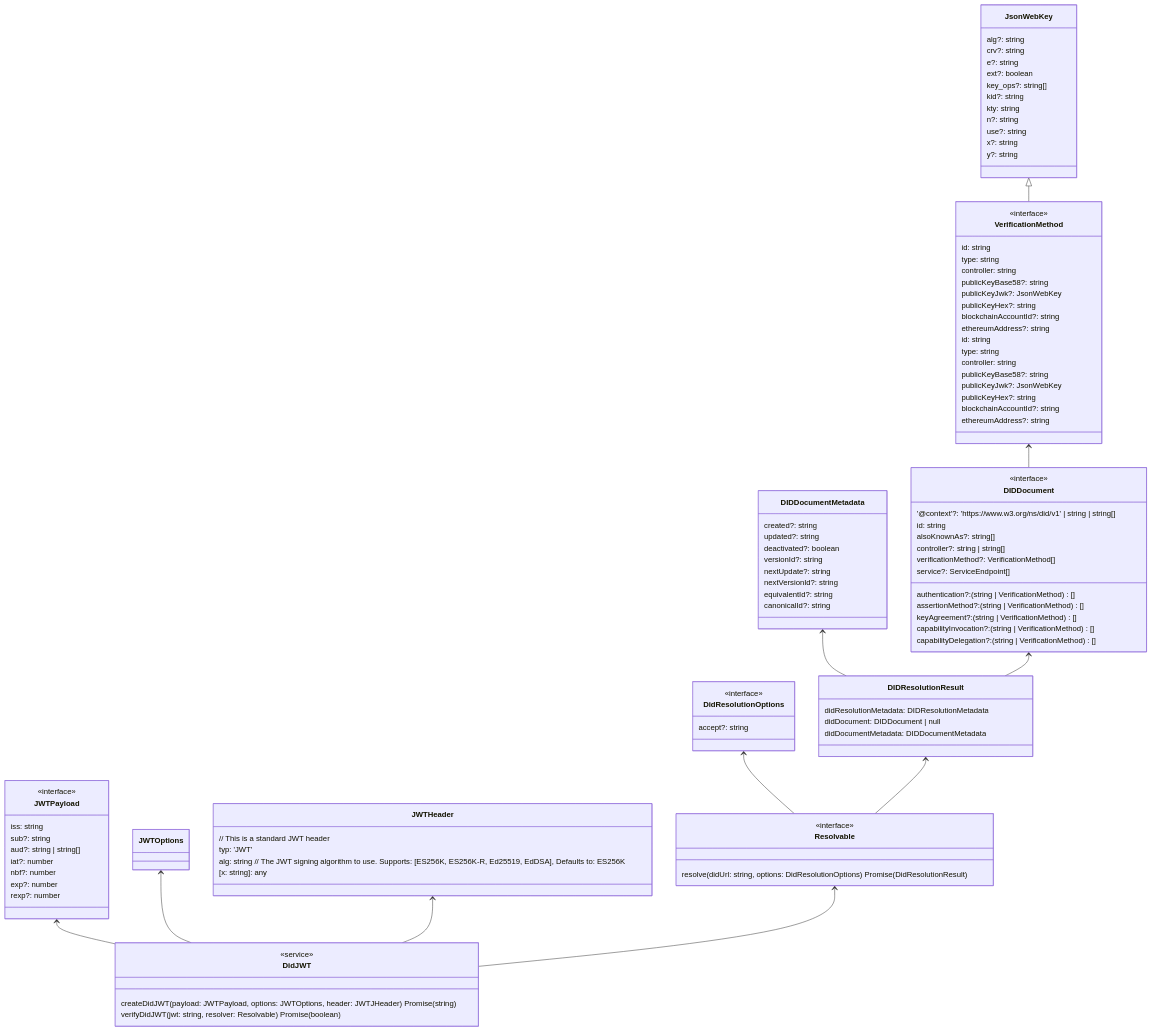
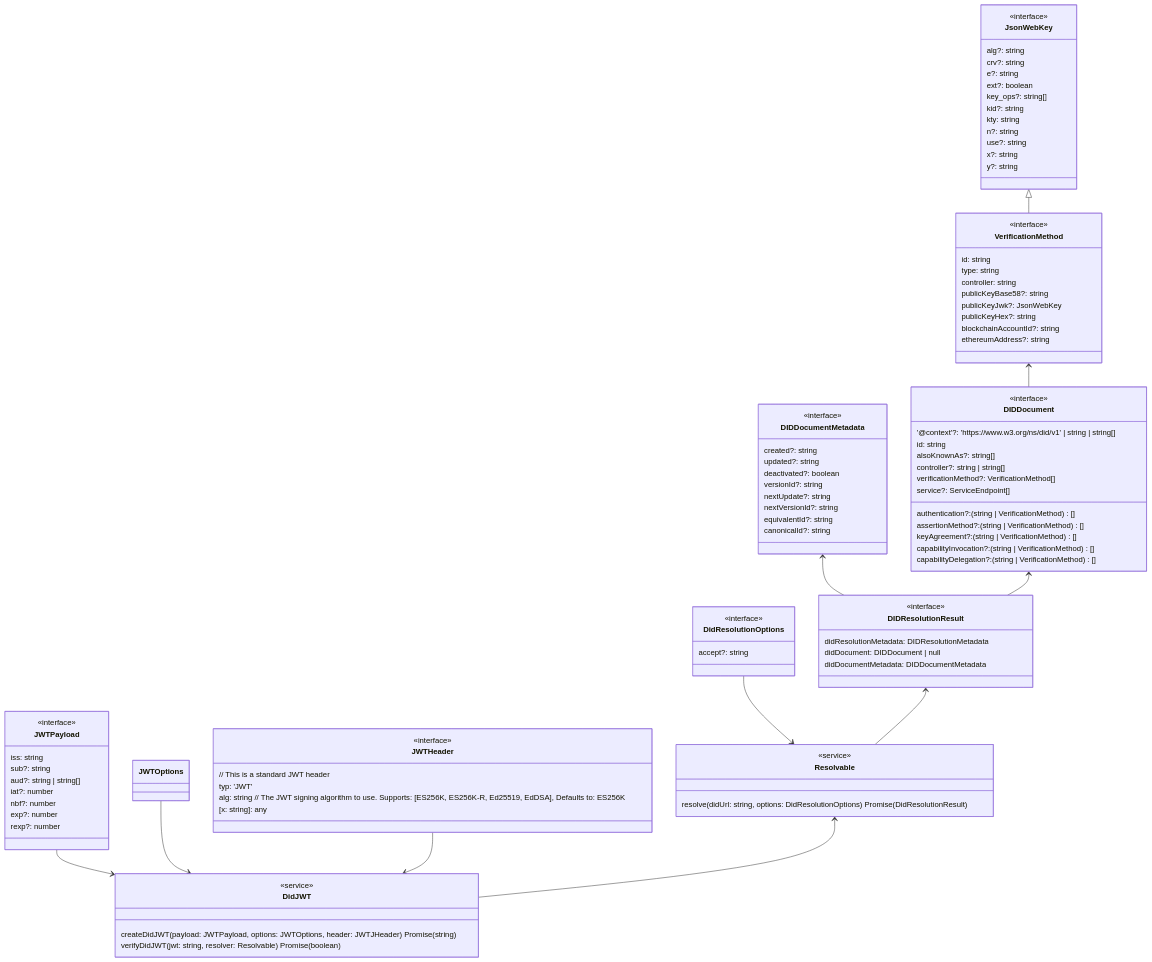
The diagram in docs/didjwt-class-diagram.md (Sphereon-Opensource/SIOP-OID4VP), drawn with Mermaid before and after one commit. The commit also changed 23 other files, not shown here.

````diff
--- a/docs/didjwt-class-diagram.md
+++ b/docs/didjwt-class-diagram.md
@@ -5,13 +5,14 @@
     accept?: string
 }
 class Resolvable {
-    <<interface>>
+    <<service>>
     resolve(didUrl: string, options: DidResolutionOptions) Promise(DidResolutionResult)
 }
-DidResolutionOptions <-- Resolvable
+DidResolutionOptions --> Resolvable
 DIDResolutionResult <-- Resolvable
 
 class  DIDResolutionResult {
+  <<interface>>
   didResolutionMetadata: DIDResolutionMetadata
   didDocument: DIDDocument | null
   didDocumentMetadata: DIDDocumentMetadata
@@ -20,6 +21,7 @@
 DIDDocument <-- DIDResolutionResult
 
 class DIDDocumentMetadata {
+  <<interface>>
   created?: string
   updated?: string
   deactivated?: boolean
@@ -69,24 +71,15 @@
     rexp?: number
 }
 class JWTHeader { // This is a standard JWT header
+    <<interface>>
     typ: 'JWT'
     alg: string   // The JWT signing algorithm to use. Supports: [ES256K, ES256K-R, Ed25519, EdDSA], Defaults to: ES256K
     [x: string]: any
 }
 
-class VerificationMethod {
-  id: string
-  type: string
-  controller: string
-  publicKeyBase58?: string
-  publicKeyJwk?: JsonWebKey
-  publicKeyHex?: string
-  blockchainAccountId?: string
-  ethereumAddress?: string
-}
-
 JsonWebKey <|-- VerificationMethod
 class JsonWebKey {
+  <<interface>>
   alg?: string
   crv?: string
   e?: string
@@ -106,10 +99,9 @@
     createDidJWT(payload: JWTPayload, options: JWTOptions, header: JWTJHeader) Promise(string)
     verifyDidJWT(jwt: string, resolver: Resolvable) Promise(boolean)
 }
-JWTPayload <-- DidJWT
-JWTOptions <-- DidJWT
-JWTHeader <-- DidJWT
+JWTPayload --> DidJWT
+JWTOptions --> DidJWT
+JWTHeader --> DidJWT
 Resolvable <-- DidJWT
 
-
 ```
````
